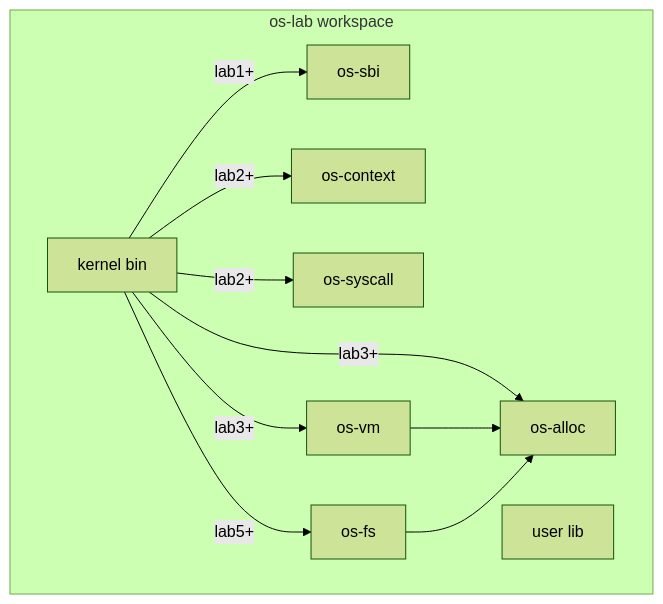
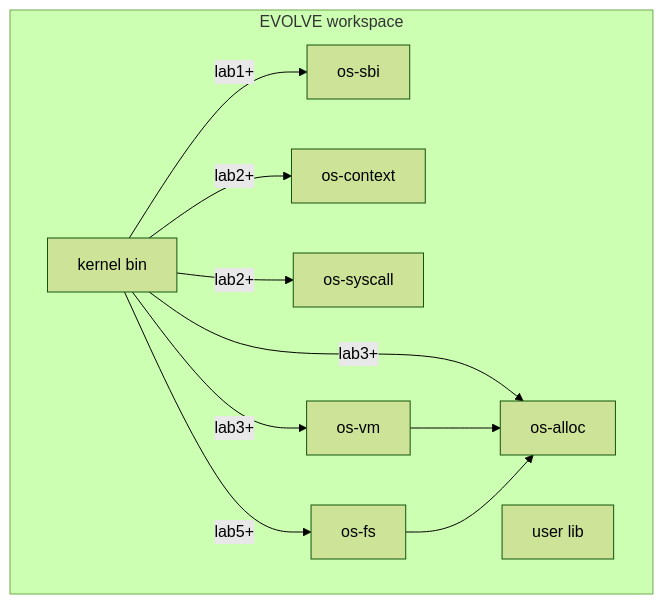
Before and after one commit to AM-SuSh/EVOLVE: the first of 4 diagrams in os-lab/docs/architecture.md, drawn with Mermaid (forest theme). The commit also changed other lines of this file and 23 other files, not shown here.

````diff
--- a/os-lab/docs/architecture.md
+++ b/os-lab/docs/architecture.md
@@ -13,22 +13,22 @@
 ```mermaid
 graph TD
-    subgraph workspace [os-lab workspace]
+    subgraph workspace [EVOLVE workspace]
         kernel[kernel bin]
         osSbi[os-sbi]
         osContext[os-context]
         osSyscall[os-syscall]
         osAlloc[os-alloc]
         osVm[os-vm]
         osFs[os-fs]
         user[user lib]
     end
 
     kernel -->|lab1+| osSbi
     kernel -->|lab2+| osContext
     kernel -->|lab2+| osSyscall
     kernel -->|lab3+| osAlloc
     kernel -->|lab3+| osVm
     kernel -->|lab5+| osFs
     osVm --> osAlloc
     osFs --> osAlloc
 ```
````
